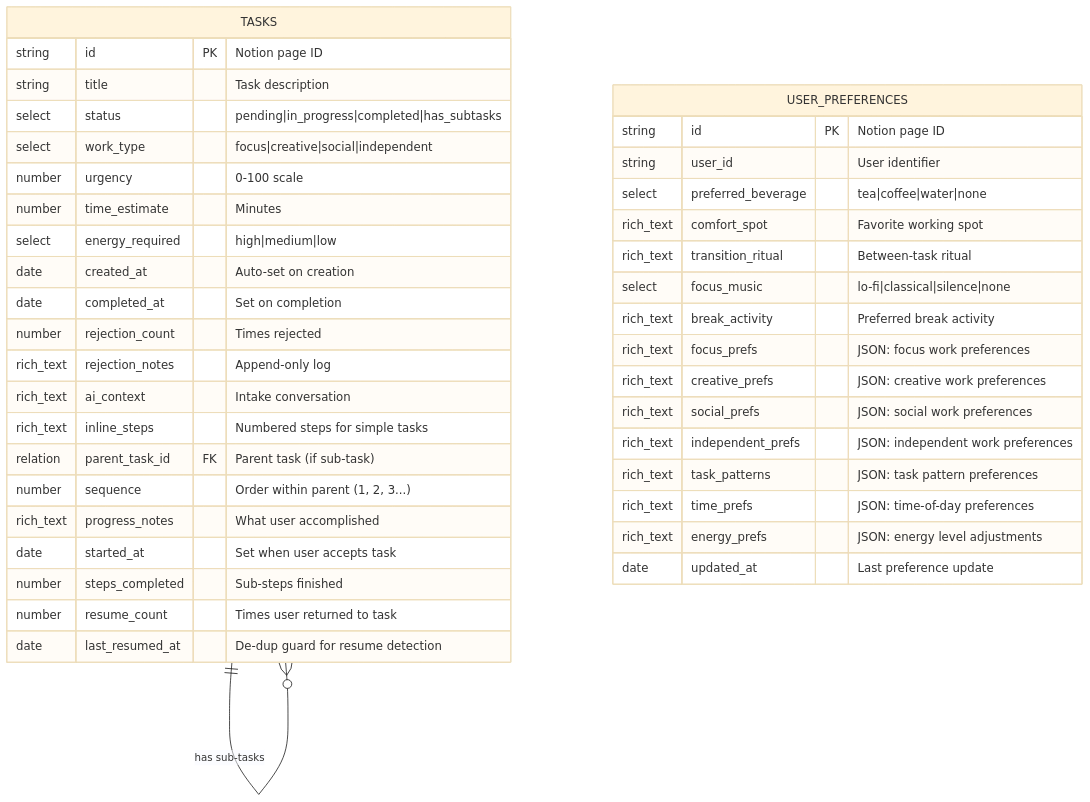
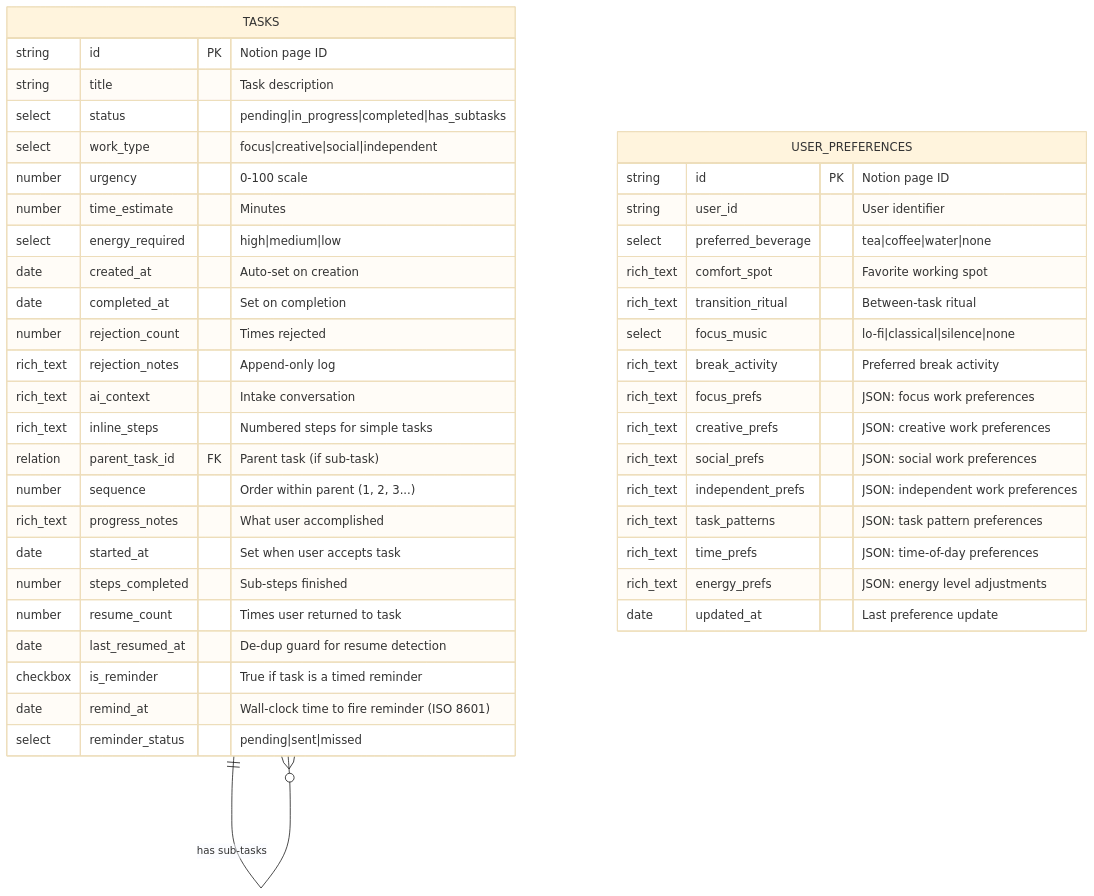
Before and after one commit to NickBorgersProbably/hide-my-list: the first of 18 diagrams in docs/notion-schema.md, drawn with Mermaid (base theme). The commit also changed other lines of this file and 7 other files, not shown here.

First line of the commit message:
Add scheduled reminder system for proactive time-based notifications

````diff
--- a/docs/notion-schema.md
+++ b/docs/notion-schema.md
@@ -14,45 +14,48 @@
 ```mermaid
 erDiagram
     TASKS {
         string id PK "Notion page ID"
         string title "Task description"
         select status "pending|in_progress|completed|has_subtasks"
         select work_type "focus|creative|social|independent"
         number urgency "0-100 scale"
         number time_estimate "Minutes"
         select energy_required "high|medium|low"
         date created_at "Auto-set on creation"
         date completed_at "Set on completion"
         number rejection_count "Times rejected"
         rich_text rejection_notes "Append-only log"
         rich_text ai_context "Intake conversation"
         rich_text inline_steps "Numbered steps for simple tasks"
         relation parent_task_id FK "Parent task (if sub-task)"
         number sequence "Order within parent (1, 2, 3...)"
         rich_text progress_notes "What user accomplished"
         date started_at "Set when user accepts task"
         number steps_completed "Sub-steps finished"
         number resume_count "Times user returned to task"
         date last_resumed_at "De-dup guard for resume detection"
+        checkbox is_reminder "True if task is a timed reminder"
+        date remind_at "Wall-clock time to fire reminder (ISO 8601)"
+        select reminder_status "pending|sent|missed"
     }
 
     USER_PREFERENCES {
         string id PK "Notion page ID"
         string user_id "User identifier"
         select preferred_beverage "tea|coffee|water|none"
         rich_text comfort_spot "Favorite working spot"
         rich_text transition_ritual "Between-task ritual"
         select focus_music "lo-fi|classical|silence|none"
         rich_text break_activity "Preferred break activity"
         rich_text focus_prefs "JSON: focus work preferences"
         rich_text creative_prefs "JSON: creative work preferences"
         rich_text social_prefs "JSON: social work preferences"
         rich_text independent_prefs "JSON: independent work preferences"
         rich_text task_patterns "JSON: task pattern preferences"
         rich_text time_prefs "JSON: time-of-day preferences"
         rich_text energy_prefs "JSON: energy level adjustments"
         date updated_at "Last preference update"
     }
 
     TASKS ||--o{ TASKS : "has sub-tasks"
 ```
````
